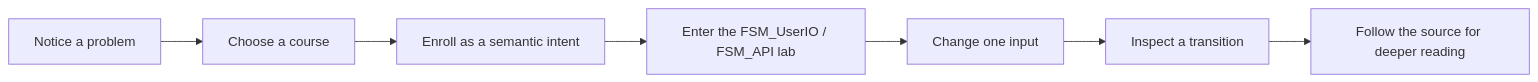
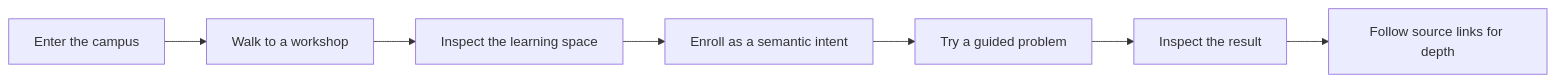
Before and after one commit to TrentBest/TheSingularityWorkshop.Learning: the diagram in docs/SINGULARITY_UNIVERSITY.md, drawn with Mermaid. The commit also changed other lines of this file, not shown here.

````diff
--- a/docs/SINGULARITY_UNIVERSITY.md
+++ b/docs/SINGULARITY_UNIVERSITY.md
@@ -11,9 +11,9 @@
 ```mermaid
 flowchart LR
-    A["Notice a problem"] --> B["Choose a course"]
-    B --> C["Enroll as a semantic intent"]
-    C --> D["Enter the FSM_UserIO / FSM_API lab"]
-    D --> E["Change one input"]
-    E --> F["Inspect a transition"]
-    F --> G["Follow the source for deeper reading"]
+    A["Enter the campus"] --> B["Walk to a workshop"]
+    B --> C["Inspect the learning space"]
+    C --> D["Enroll as a semantic intent"]
+    D --> E["Try a guided problem"]
+    E --> F["Inspect the result"]
+    F --> G["Follow source links for depth"]
 ```
````
